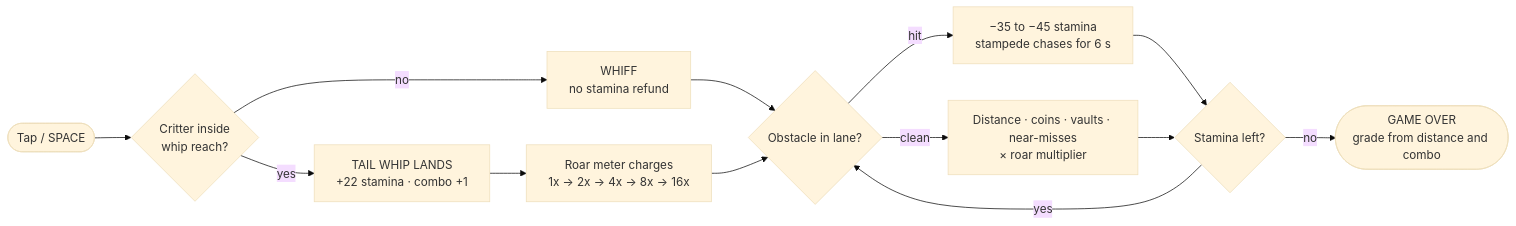
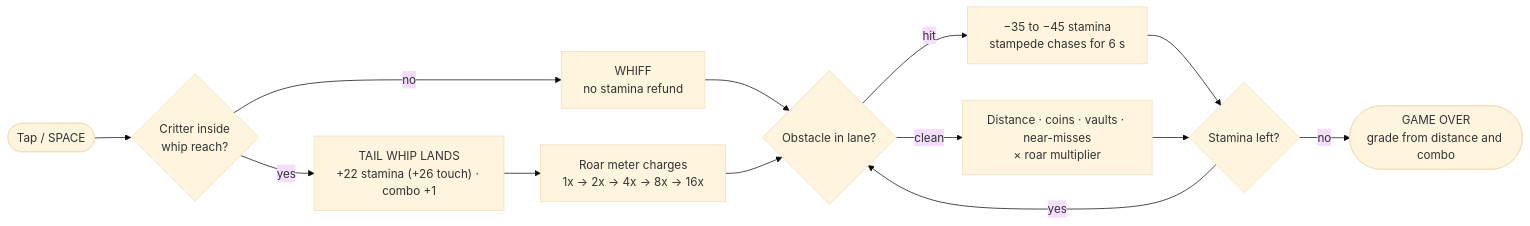
The first of 2 diagrams in README.md (thesithunyein/swiposaur), drawn with Mermaid (base theme) before and after one commit. The commit also changed other lines of this file and 1 other file, not shown here.

````diff
--- a/README.md
+++ b/README.md
@@ -71,15 +71,15 @@
 ```mermaid
 flowchart LR
     start(["Tap / SPACE"]) --> range{"Critter inside<br/>whip reach?"}
-    range -- yes --> hit["TAIL WHIP LANDS<br/>+22 stamina · combo +1"]
+    range -- yes --> hit["TAIL WHIP LANDS<br/>+22 stamina (+26 touch) · combo +1"]
     range -- no --> whiff["WHIFF<br/>no stamina refund"]
     hit --> roar["Roar meter charges<br/>1x → 2x → 4x → 8x → 16x"]
     whiff --> dodge{"Obstacle in lane?"}
     roar --> dodge
     dodge -- "hit" --> dmg["−35 to −45 stamina<br/>stampede chases for 6 s"]
     dodge -- clean --> score["Distance · coins · vaults · near-misses<br/>× roar multiplier"]
     dmg --> alive{"Stamina left?"}
     score --> alive
     alive -- yes --> dodge
     alive -- no --> over(["GAME OVER<br/>grade from distance and combo"])
 ```
````
